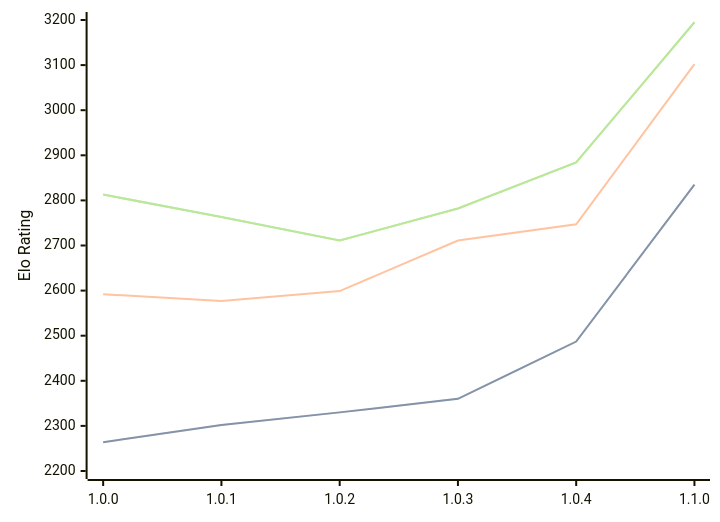
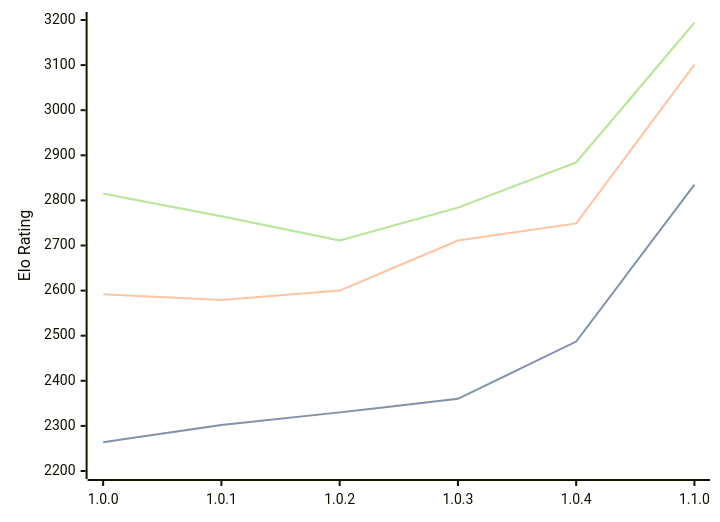
The diagram in engines/Grail.md (computer-chess-index/cci), drawn with Mermaid before and after one commit. The commit also changed other lines of this file, not shown here.

Commit message:
Update CCI Ratings (ELO VLTC) - 2026-03-28

````diff
--- a/engines/Grail.md
+++ b/engines/Grail.md
@@ -36,11 +36,11 @@
 ```mermaid
 %%{init: {"theme":"base","themeVariables":{"seriesColors:['#a3a3a3','#222221','#faa371']}}}%%
 xychart-beta
   x-axis ["1.0.0", "1.0.1", "1.0.2", "1.0.3", "1.0.4", "1.1.0"]
   y-axis "Elo Rating" 2200 --> 3200
   line "STC (8.0+0.08s)" [2264, 2302, 2330, 2360, 2487, 2835]
   line "STC (8.0+0.08s)" [2264, 2302, 2330, 2360, 2487, 2835]
-  line "LTC (60.0+0.60s)" [2592, 2577, 2599, 2711, 2747, 3102]
-  line "VLTC (2m24s+1.12s)" [2813, 2763, 2711, 2782, 2884, 3195]
-  line "VLTC (2m24s+1.12s)" [2813, 2763, 2711, 2782, 2884, 3195]
+  line "LTC (60.0+0.60s)" [2592, 2579, 2600, 2711, 2749, 3101]
+  line "VLTC (2m24s+1.12s)" [2815, 2765, 2711, 2784, 2884, 3194]
+  line "VLTC (2m24s+1.12s)" [2815, 2765, 2711, 2784, 2884, 3194]
 ```
````
